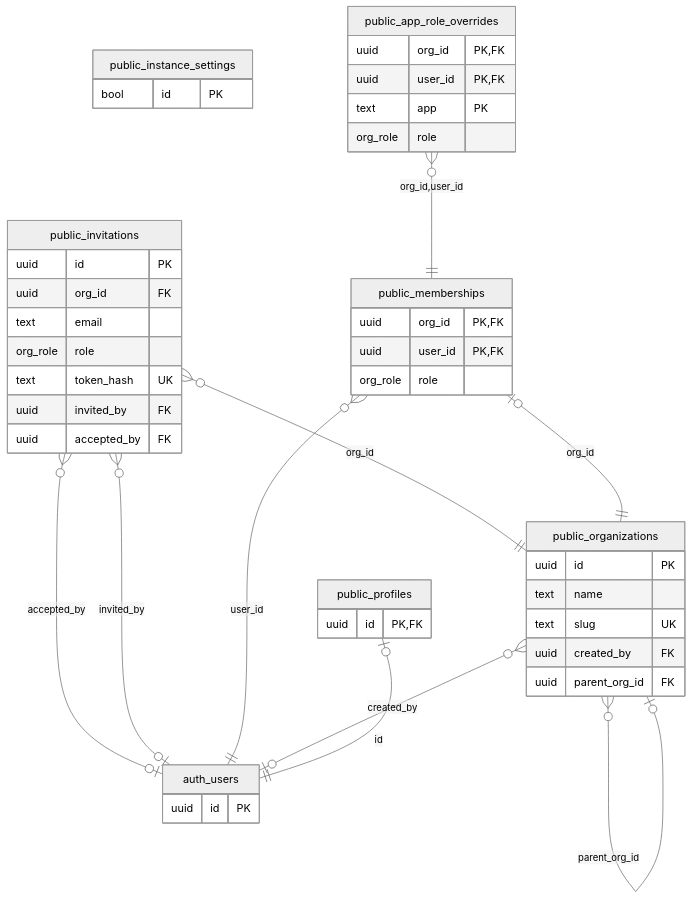
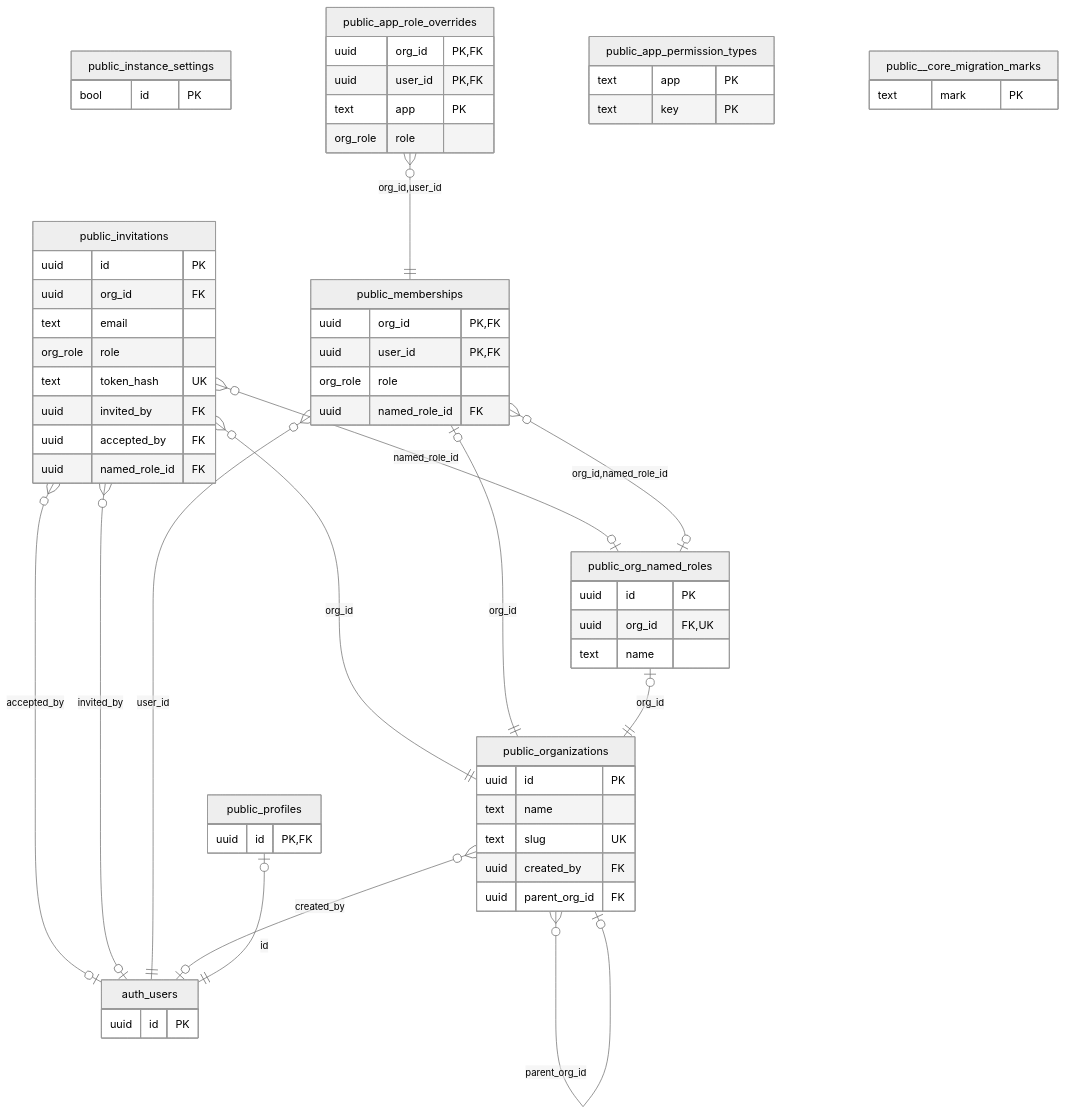
Before and after one commit to Nox-Mob/OpenAppHub: the second of 21 diagrams in docs/database-map.md, drawn with Mermaid (neutral theme). The commit also changed other lines of this file and 7 other files, not shown here.

Commit message:
Docs: H-09 roles (architecture §6.1, roadmap, integration notes, database map); S-28 approved with data passing between steps

````diff
--- a/docs/database-map.md
+++ b/docs/database-map.md
@@ -104,48 +104,65 @@
 ```mermaid
 erDiagram
     public_organizations {
         uuid id PK
         text name
         text slug UK
         uuid created_by FK
         uuid parent_org_id FK
     }
     public_memberships {
         uuid org_id PK,FK
         uuid user_id PK,FK
         org_role role
+        uuid named_role_id FK
     }
     public_profiles {
         uuid id PK,FK
     }
     public_invitations {
         uuid id PK
         uuid org_id FK
         text email
         org_role role
         text token_hash UK
         uuid invited_by FK
         uuid accepted_by FK
+        uuid named_role_id FK
     }
     public_instance_settings {
         bool id PK
     }
     public_app_role_overrides {
         uuid org_id PK,FK
         uuid user_id PK,FK
         text app PK
         org_role role
     }
+    public_org_named_roles {
+        uuid id PK
+        uuid org_id FK,UK
+        text name
+    }
+    public_app_permission_types {
+        text app PK
+        text key PK
+    }
+    public__core_migration_marks {
+        text mark PK
+    }
     auth_users {
         uuid id PK
     }
     public_app_role_overrides }o--|| public_memberships : "org_id,user_id"
     public_invitations }o--o| auth_users : "accepted_by"
     public_invitations }o--o| auth_users : "invited_by"
+    public_invitations }o--o| public_org_named_roles : "named_role_id"
     public_invitations }o--|| public_organizations : "org_id"
     public_memberships |o--|| public_organizations : "org_id"
+    public_memberships }o--o| public_org_named_roles : "org_id,named_role_id"
     public_memberships }o--|| auth_users : "user_id"
+    public_org_named_roles |o--|| public_organizations : "org_id"
     public_organizations }o--o| auth_users : "created_by"
     public_organizations }o--o| public_organizations : "parent_org_id"
     public_profiles |o--|| auth_users : "id"
 ```
````
